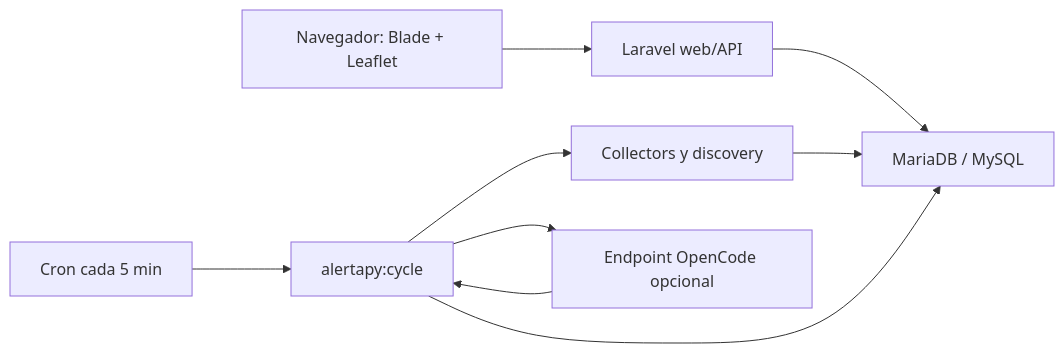
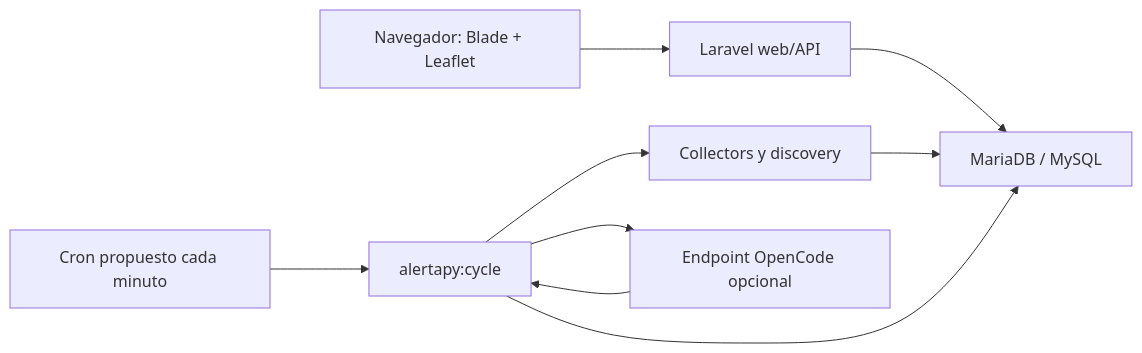
One commit to chamkill93/alertapy changed the diagram in docs/ARCHITECTURE.md. Above: the diagram before and after it, drawn with Mermaid. The commit also changed other lines of this file and 22 other files, not shown here.

````diff
--- a/docs/ARCHITECTURE.md
+++ b/docs/ARCHITECTURE.md
@@ -7,11 +7,11 @@
 ```mermaid
 flowchart LR
     Browser["Navegador: Blade + Leaflet"] --> Web["Laravel web/API"]
     Web --> DB["MariaDB / MySQL"]
-    Cron["Cron cada 5 min"] --> Cycle["alertapy:cycle"]
+    Cron["Cron propuesto cada minuto"] --> Cycle["alertapy:cycle"]
     Cycle --> Collectors["Collectors y discovery"]
     Cycle --> Arbiter["Endpoint OpenCode opcional"]
     Collectors --> DB
     Arbiter --> Cycle
     Cycle --> DB
 ```
````
